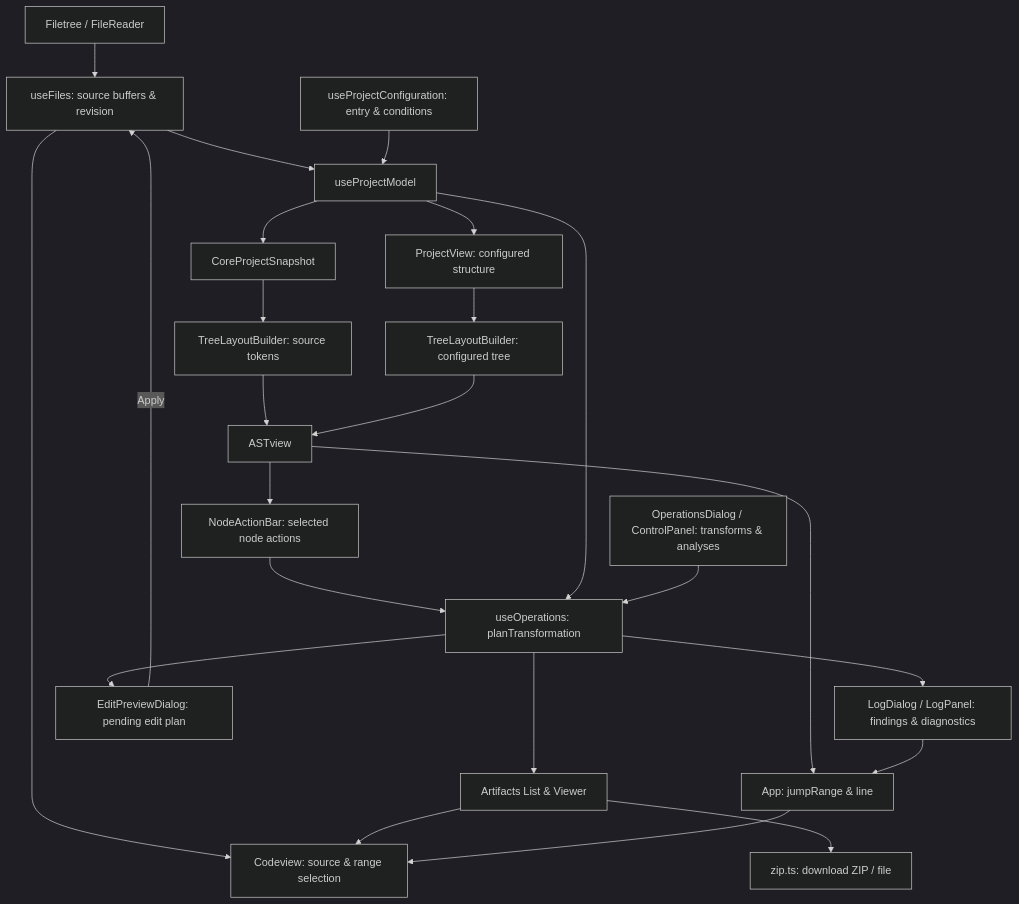
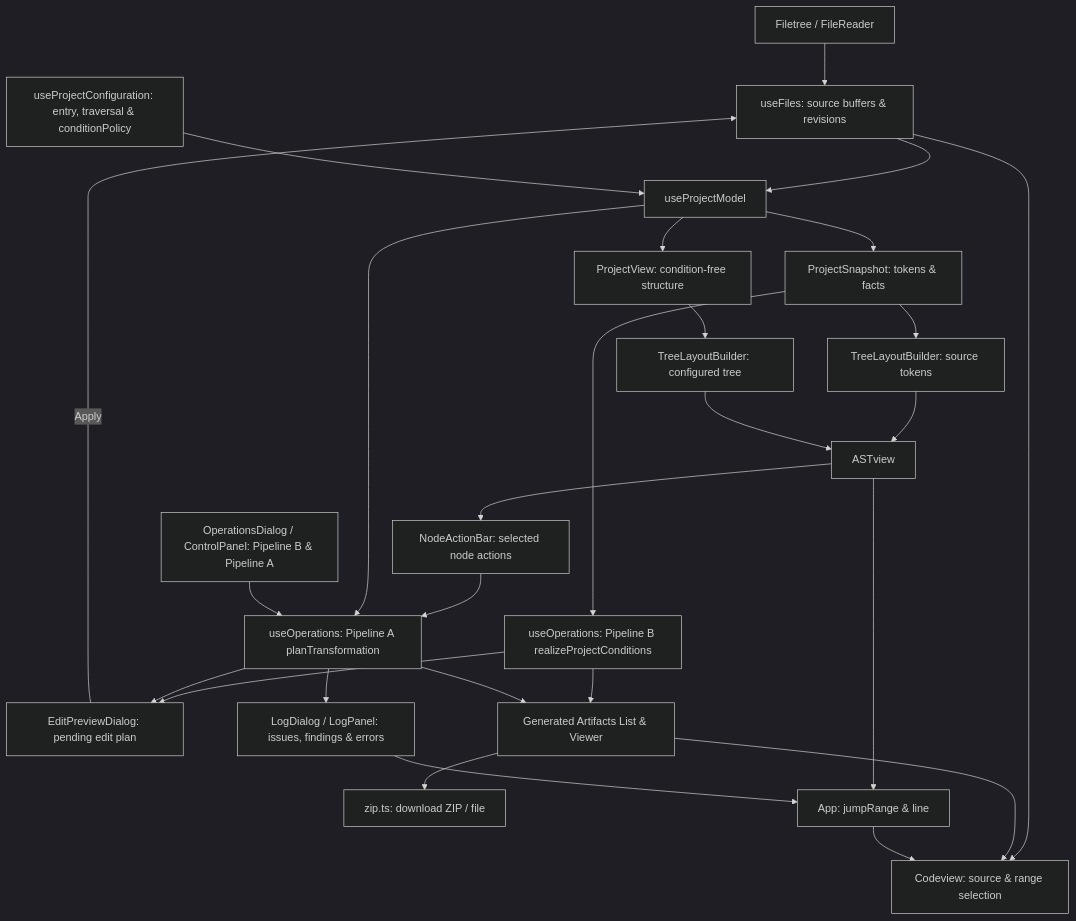
One commit to preptex/preptex.github.io changed the diagram in docs/architecture.md. Above: the diagram before and after it, drawn with Mermaid (dark theme). The commit also changed other lines of this file and 33 other files, not shown here.

First line of the commit message:
feat: migrate to @preptex/core@0.4.0 with two-pipeline architecture

````diff
--- a/docs/architecture.md
+++ b/docs/architecture.md
@@ -57,26 +58,29 @@
 ```mermaid
 flowchart TD
-  Upload[Filetree / FileReader] --> Files[useFiles: source buffers & revision]
+  Upload[Filetree / FileReader] --> Files[useFiles: source buffers & revisions]
   Files --> Model[useProjectModel]
-  Config[useProjectConfiguration: entry & conditions] --> Model
-  Model --> Snapshot[CoreProjectSnapshot]
-  Model --> View[ProjectView: configured structure]
+  Config[useProjectConfiguration: entry, traversal & conditionPolicy] --> Model
+  Model --> Snapshot[ProjectSnapshot: tokens & facts]
+  Model --> View[ProjectView: condition-free structure]
+  Snapshot --> Realize[useOperations: Pipeline B realizeProjectConditions]
+  Realize --> Dialog
+  Realize --> Artifacts
   Snapshot --> ASTSource[TreeLayoutBuilder: source tokens]
   View --> ASTConfig[TreeLayoutBuilder: configured tree]
   ASTSource --> AST[ASTview]
   ASTConfig --> AST
   AST --> NodeAction[NodeActionBar: selected node actions]
-  NodeAction --> Ops[useOperations: planTransformation]
+  NodeAction --> Ops[useOperations: Pipeline A planTransformation]
   Model --> Ops
-  Ops --> Log[LogDialog / LogPanel: findings & diagnostics]
+  Ops --> Log[LogDialog / LogPanel: issues, findings & errors]
   Ops --> Dialog[EditPreviewDialog: pending edit plan]
   Dialog -- Apply --> Files
-  Ops --> Artifacts[Artifacts List & Viewer]
+  Ops --> Artifacts[Generated Artifacts List & Viewer]
   Artifacts --> Zip[zip.ts: download ZIP / file]
   Files --> Code[Codeview: source & range selection]
   Artifacts --> Code
   AST --> Jump[App: jumpRange & line]
   Log --> Jump
   Jump --> Code
-  Control[OperationsDialog / ControlPanel: transforms & analyses] --> Ops
+  Control[OperationsDialog / ControlPanel: Pipeline B & Pipeline A] --> Ops
 ```
````
